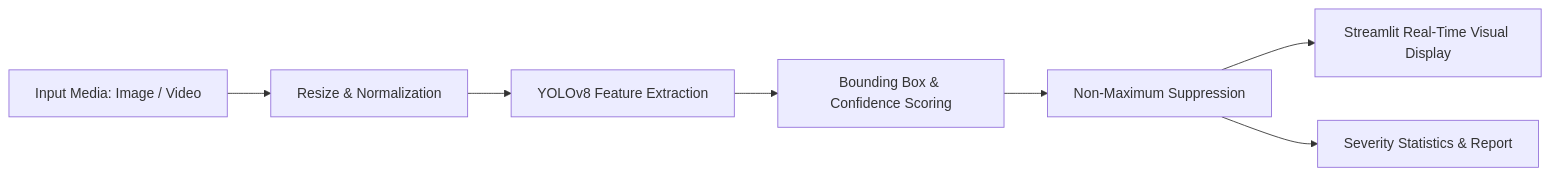
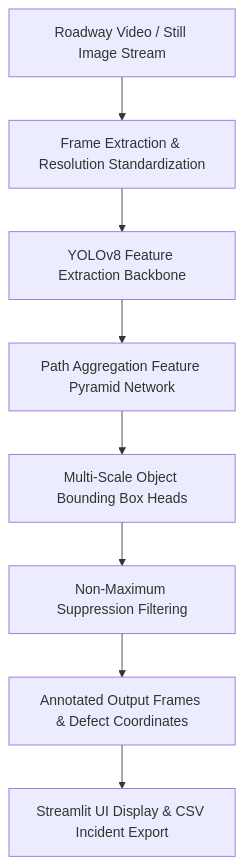
Before and after one commit to sohailahmed-bsrh/pothole-detection-app: the diagram in README.md, drawn with Mermaid. The commit also changed other lines of this file, not shown here.

Commit message:
docs: deploy visual showcase README with screenshot galleries and architecture specifications

````diff
--- a/README.md
+++ b/README.md
@@ -30,9 +48,10 @@
 ```mermaid
-flowchart LR
-    Input[Input Media: Image / Video] --> Preprocess[Resize & Normalization]
-    Preprocess --> YOLO[YOLOv8 Feature Extraction]
-    YOLO --> Detection[Bounding Box & Confidence Scoring]
-    Detection --> Filter[Non-Maximum Suppression]
-    Filter --> UI[Streamlit Real-Time Visual Display]
-    Filter --> Metrics[Severity Statistics & Report]
+flowchart TD
+    A[Roadway Video / Still Image Stream] --> B[Frame Extraction & Resolution Standardization]
+    B --> C[YOLOv8 Feature Extraction Backbone]
+    C --> D[Path Aggregation Feature Pyramid Network]
+    D --> E[Multi-Scale Object Bounding Box Heads]
+    E --> F[Non-Maximum Suppression Filtering]
+    F --> G[Annotated Output Frames & Defect Coordinates]
+    G --> H[Streamlit UI Display & CSV Incident Export]
 ```
````
